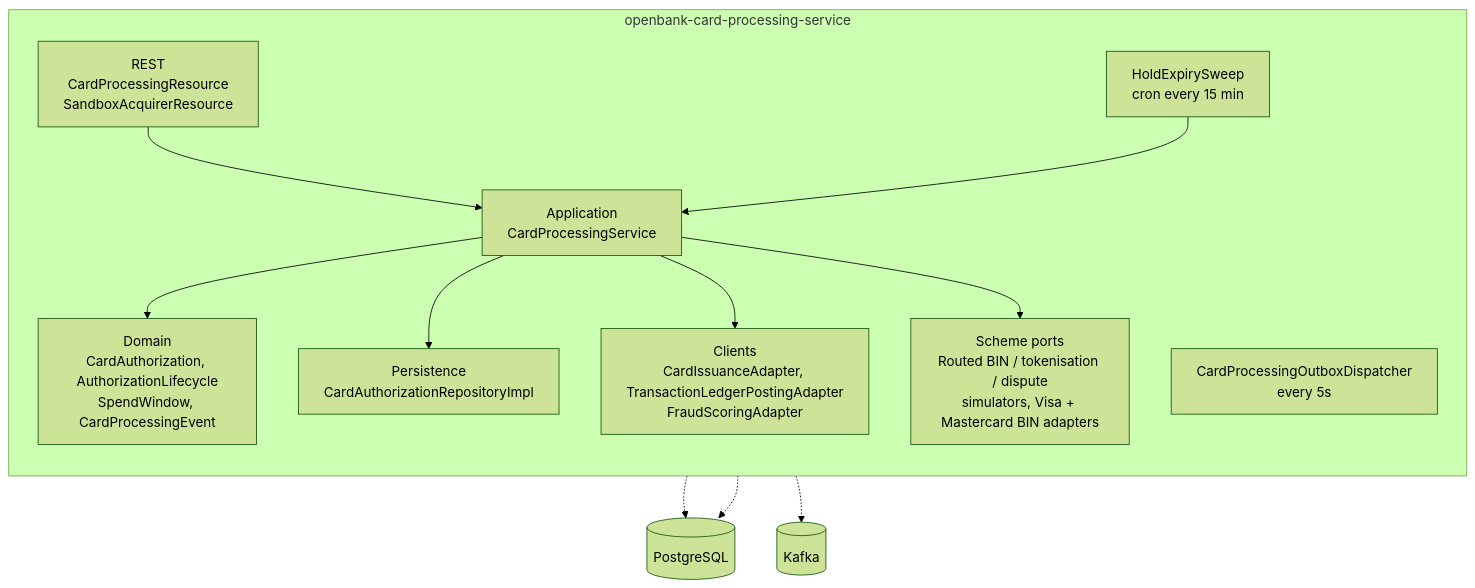
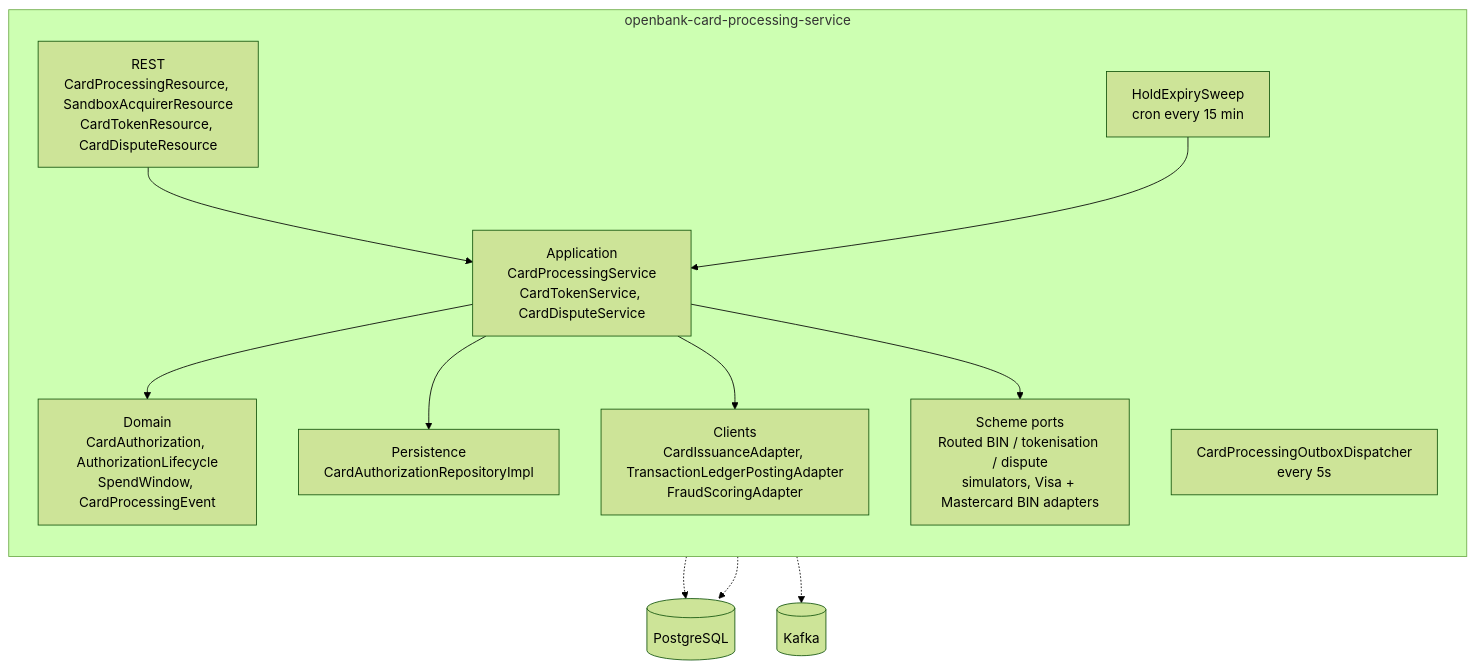
Before and after one commit to JiRaska/open-bank-oss: the second of 6 diagrams in openbank-card-processing-service/src/main/resources/docs/02-architecture.en.md, drawn with Mermaid (forest theme). The commit also changed other lines of this file and 13 other files, not shown here.

First line of the commit message:
docs(card-processing): document token and dispute lifecycle

````diff
--- a/openbank-card-processing-service/src/main/resources/docs/02-architecture.en.md
+++ b/openbank-card-processing-service/src/main/resources/docs/02-architecture.en.md
@@ -34,23 +34,23 @@
 ```mermaid
 graph TB
   subgraph "openbank-card-processing-service"
     direction TB
-    rest["REST<br/>CardProcessingResource<br/>SandboxAcquirerResource"]
-    uc["Application<br/>CardProcessingService"]
+    rest["REST<br/>CardProcessingResource, SandboxAcquirerResource<br/>CardTokenResource, CardDisputeResource"]
+    uc["Application<br/>CardProcessingService<br/>CardTokenService, CardDisputeService"]
     dom["Domain<br/>CardAuthorization, AuthorizationLifecycle<br/>SpendWindow, CardProcessingEvent"]
     persist["Persistence<br/>CardAuthorizationRepositoryImpl"]
     clients["Clients<br/>CardIssuanceAdapter, TransactionLedgerPostingAdapter<br/>FraudScoringAdapter"]
     scheme["Scheme ports<br/>Routed BIN / tokenisation / dispute<br/>simulators, Visa + Mastercard BIN adapters"]
     disp["CardProcessingOutboxDispatcher<br/>every 5s"]
     sweep["HoldExpirySweep<br/>cron every 15 min"]
   end
   rest --> uc
   sweep --> uc
   uc --> dom
   uc --> persist
   uc --> clients
   uc --> scheme
   persist -.-> db[("PostgreSQL")]
   disp -.-> db
   disp -.-> kafka[("Kafka")]
 ```
````
